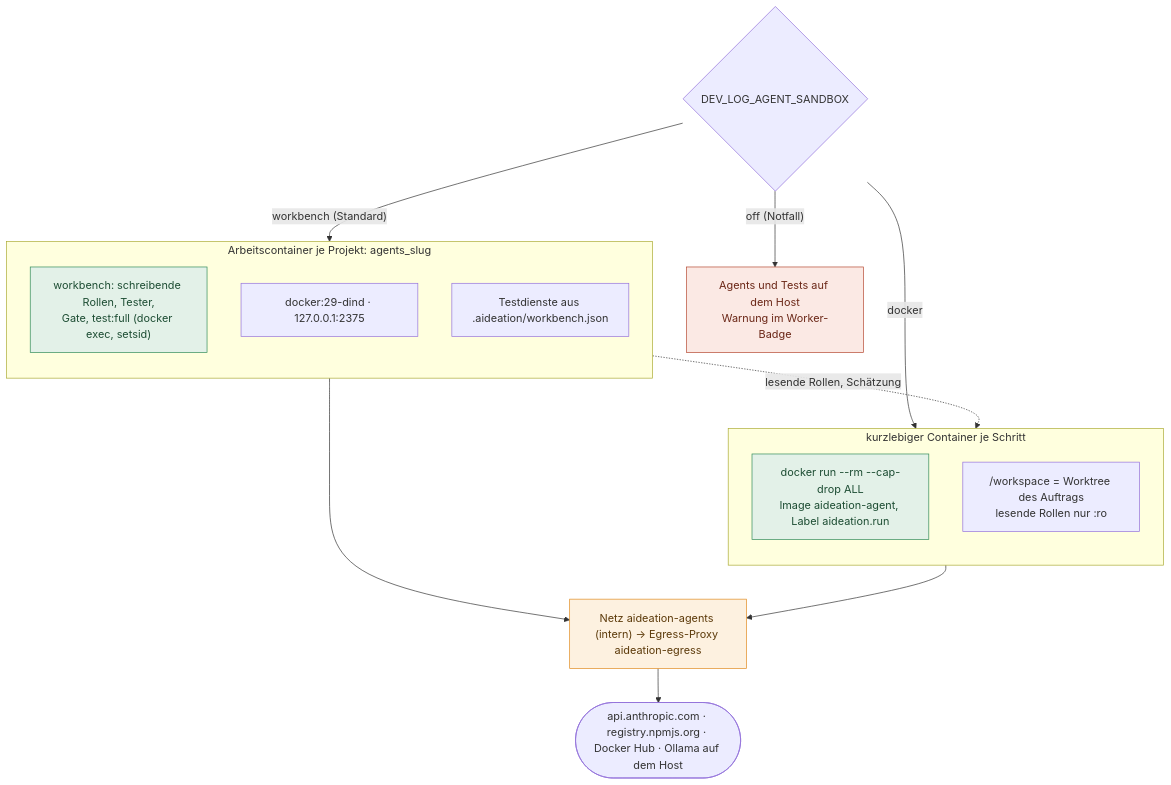
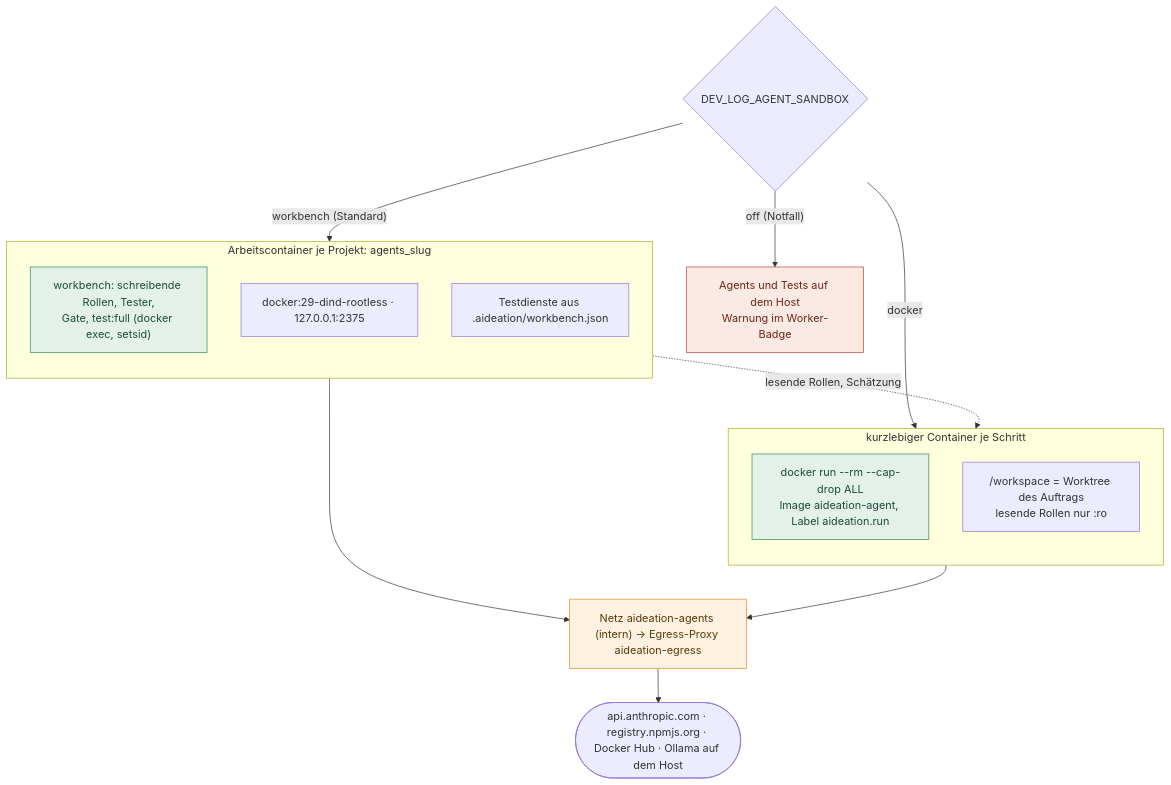
One commit to zaaaazzy/AutoDEV changed the sixth of 8 diagrams in docs/agents-und-rechte.md. Above: the diagram before and after it, drawn with Mermaid. The commit also changed other lines of this file and 7 other files, not shown here.

First line of the commit message:
fix(sicherheit): Docker im Arbeitscontainer rootless statt privilegiert

````diff
--- a/docs/agents-und-rechte.md
+++ b/docs/agents-und-rechte.md
@@ -237,24 +237,24 @@
 ```mermaid
 flowchart TB
   M{"DEV_LOG_AGENT_SANDBOX"} -->|"workbench (Standard)"| WB
   M -->|docker| DK
   M -->|"off (Notfall)"| OFF["Agents und Tests auf dem Host<br/>Warnung im Worker-Badge"]:::bad
   subgraph WB["Arbeitscontainer je Projekt: agents_slug"]
     direction TB
     WB1["workbench: schreibende Rollen, Tester,<br/>Gate, test:full (docker exec, setsid)"]:::ok
-    WB2["docker:29-dind · 127.0.0.1:2375"]
+    WB2["docker:29-dind-rootless · 127.0.0.1:2375"]
     WB3["Testdienste aus .aideation/workbench.json"]
   end
   subgraph DK["kurzlebiger Container je Schritt"]
     direction TB
     DK1["docker run --rm --cap-drop ALL<br/>Image aideation-agent, Label aideation.run"]:::ok
     DK2["/workspace = Worktree des Auftrags<br/>lesende Rollen nur :ro"]
   end
   WB -.->|"lesende Rollen, Schätzung"| DK
   WB --> NET
   DK --> NET
   NET["Netz aideation-agents (intern) → Egress-Proxy aideation-egress"]:::wait --> OUT(["api.anthropic.com · registry.npmjs.org · Docker Hub · Ollama auf dem Host"])
   classDef ok fill:#e3f1e8,stroke:#2f8a57,color:#1d4d33
   classDef bad fill:#fbe9e4,stroke:#b4472f,color:#6b2717
   classDef wait fill:#fdf1e0,stroke:#e08a1e,color:#5c3a0a
 ```
````
